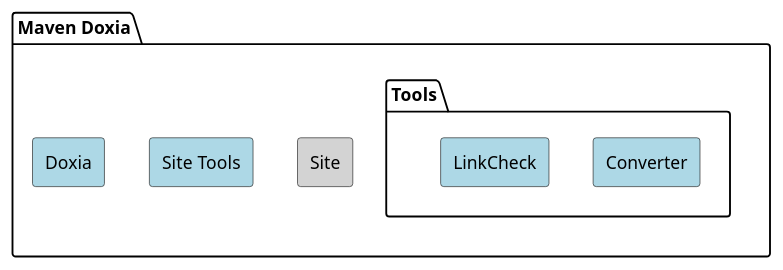
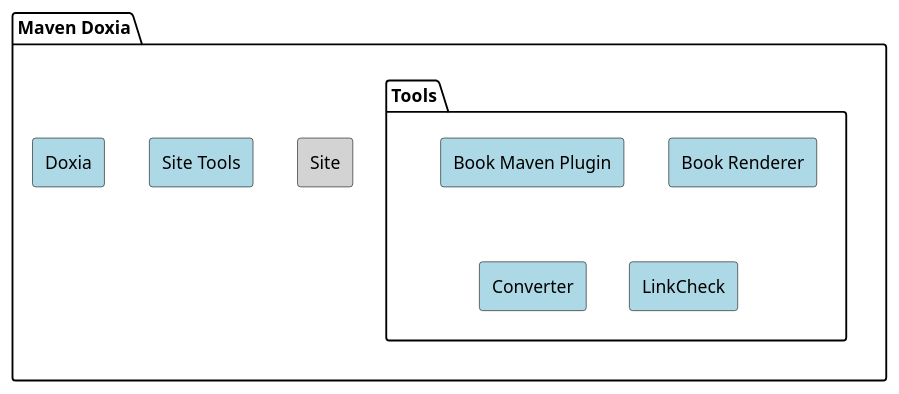
The diagram in src/plantuml/maven-sources/doxia.puml (apache/maven-site), drawn with PlantUML before and after one commit. The commit also changed 4 other files, not shown here.

```diff
--- a/src/plantuml/maven-sources/doxia.puml
+++ b/src/plantuml/maven-sources/doxia.puml
@@ -19,31 +19,35 @@
 @startuml
 
 <style>
     rectangle {
         BackgroundColor LightBlue
     }
 }
 </style>
 
 package "Maven Doxia" {
   rectangle Doxia
   rectangle "Site Tools"
   rectangle Site #LightGrey
   package Tools {
+    rectangle "Book Maven Plugin"
+    rectangle "Book Renderer"
     rectangle Converter
     rectangle LinkCheck
   }
 }
 
 'hidden dependencies to change layout
 Doxia -[hidden]right-> "Site Tools"
 "Site Tools" -[hidden]right-> Site
 "Site Tools" -[hidden]right-> Tools
 
 url of Doxia is [[https://github.com/apache/maven-doxia]]
 url of "Site Tools" is [[https://github.com/apache/maven-doxia-sitetools]]
 url of Site is [[https://github.com/apache/maven-doxia-site]]
+url of "Book Renderer" is [[https://github.com/apache/maven-doxia-book-renderer]]
+url of "Book Maven Plugin" is [[https://github.com/apache/maven-doxia-book-maven-plugin]]
 url of Converter is [[https://github.com/apache/maven-doxia-converter]]
 url of LinkCheck is [[https://github.com/apache/maven-doxia-linkcheck]]
 
 @enduml
```
